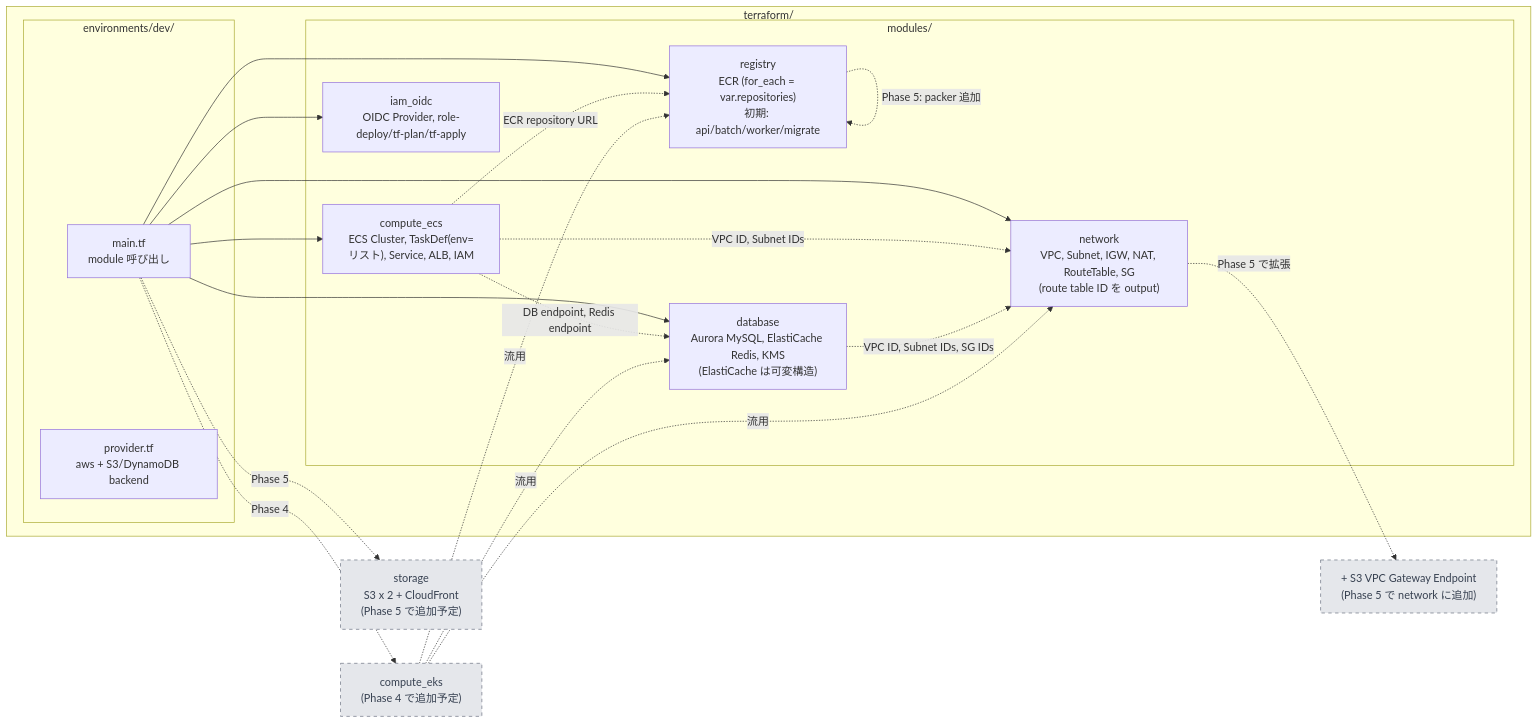
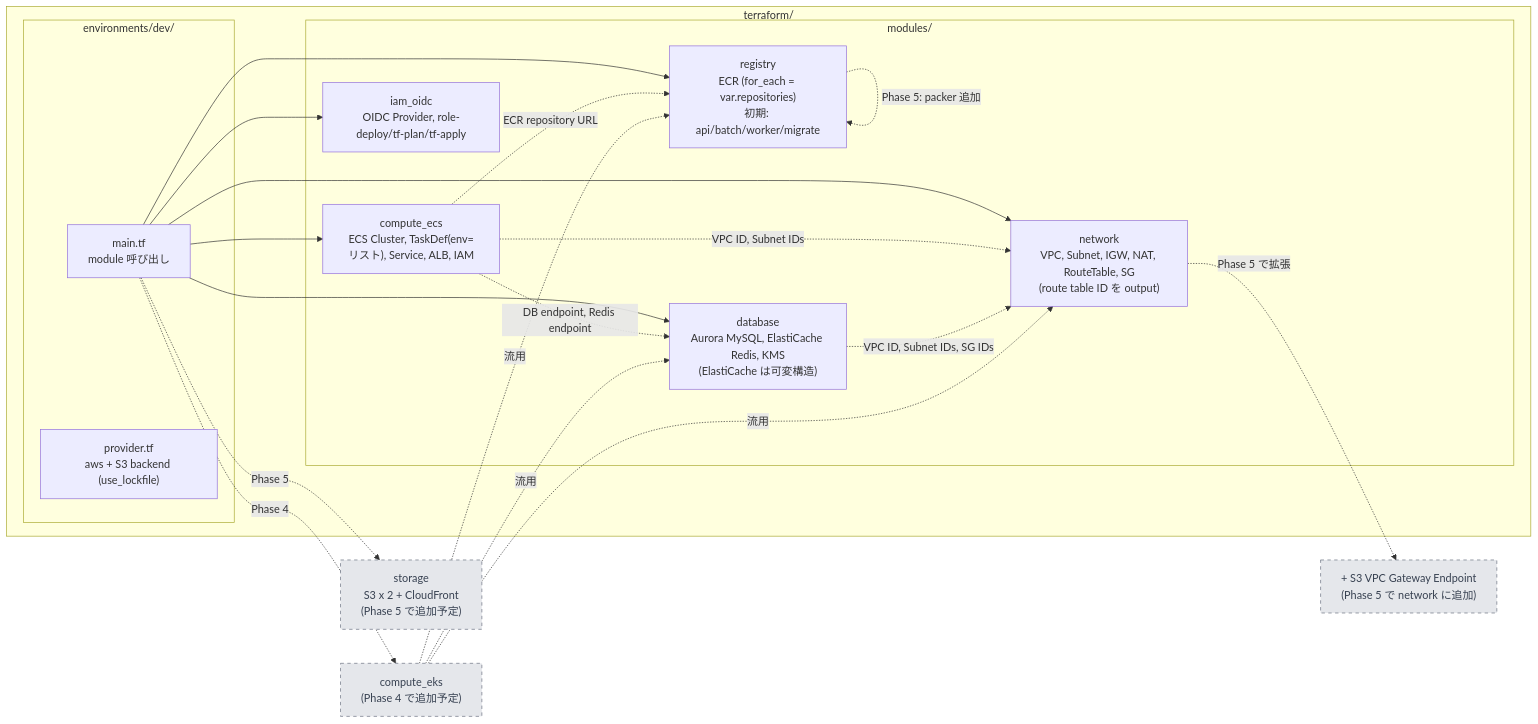
One commit to uchidas-rogue/game-api-sample changed the second of 3 diagrams in terraform/ARCHITECTURE.md. Above: the diagram before and after it, drawn with Mermaid. The commit also changed other lines of this file and 9 other files, not shown here.

````diff
--- a/terraform/ARCHITECTURE.md
+++ b/terraform/ARCHITECTURE.md
@@ -98,42 +95,42 @@
 ```mermaid
 flowchart LR
     subgraph TFRepo["terraform/"]
         subgraph EnvDev["environments/dev/"]
             Main["main.tf<br/>module 呼び出し"]
-            Provider["provider.tf<br/>aws + S3/DynamoDB backend"]
+            Provider["provider.tf<br/>aws + S3 backend (use_lockfile)"]
         end
 
         subgraph Modules["modules/"]
             ModNet["network<br/>VPC, Subnet, IGW, NAT, RouteTable, SG<br/>(route table ID を output)"]
             ModDB["database<br/>Aurora MySQL, ElastiCache Redis, KMS<br/>(ElastiCache は可変構造)"]
             ModReg["registry<br/>ECR (for_each = var.repositories)<br/>初期: api/batch/worker/migrate"]
             ModECS["compute_ecs<br/>ECS Cluster, TaskDef(env=リスト), Service, ALB, IAM"]
             ModCI["iam_oidc<br/>OIDC Provider, role-deploy/tf-plan/tf-apply"]
         end
     end
 
     Main --> ModNet
     Main --> ModDB
     Main --> ModReg
     Main --> ModECS
     Main --> ModCI
 
     ModECS -. "VPC ID, Subnet IDs" .-> ModNet
     ModDB -. "VPC ID, Subnet IDs, SG IDs" .-> ModNet
     ModECS -. "ECR repository URL" .-> ModReg
     ModECS -. "DB endpoint, Redis endpoint" .-> ModDB
 
     classDef future fill:#E5E7EB,stroke:#6B7280,color:#374151,stroke-dasharray: 5 5
     ModEKS["compute_eks<br/>(Phase 4 で追加予定)"]:::future
     ModStorage["storage<br/>S3 x 2 + CloudFront<br/>(Phase 5 で追加予定)"]:::future
     ModNet2["+ S3 VPC Gateway Endpoint<br/>(Phase 5 で network に追加)"]:::future
 
     Main -. "Phase 4" .-> ModEKS
     ModEKS -. "流用" .-> ModNet
     ModEKS -. "流用" .-> ModDB
     ModEKS -. "流用" .-> ModReg
 
     Main -. "Phase 5" .-> ModStorage
     ModNet -. "Phase 5 で拡張" .-> ModNet2
     ModReg -. "Phase 5: packer 追加" .-> ModReg
 ```
````
